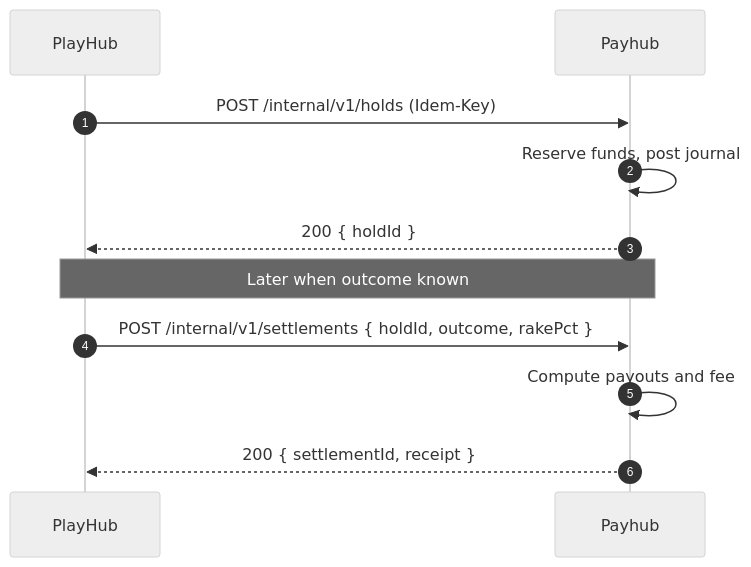
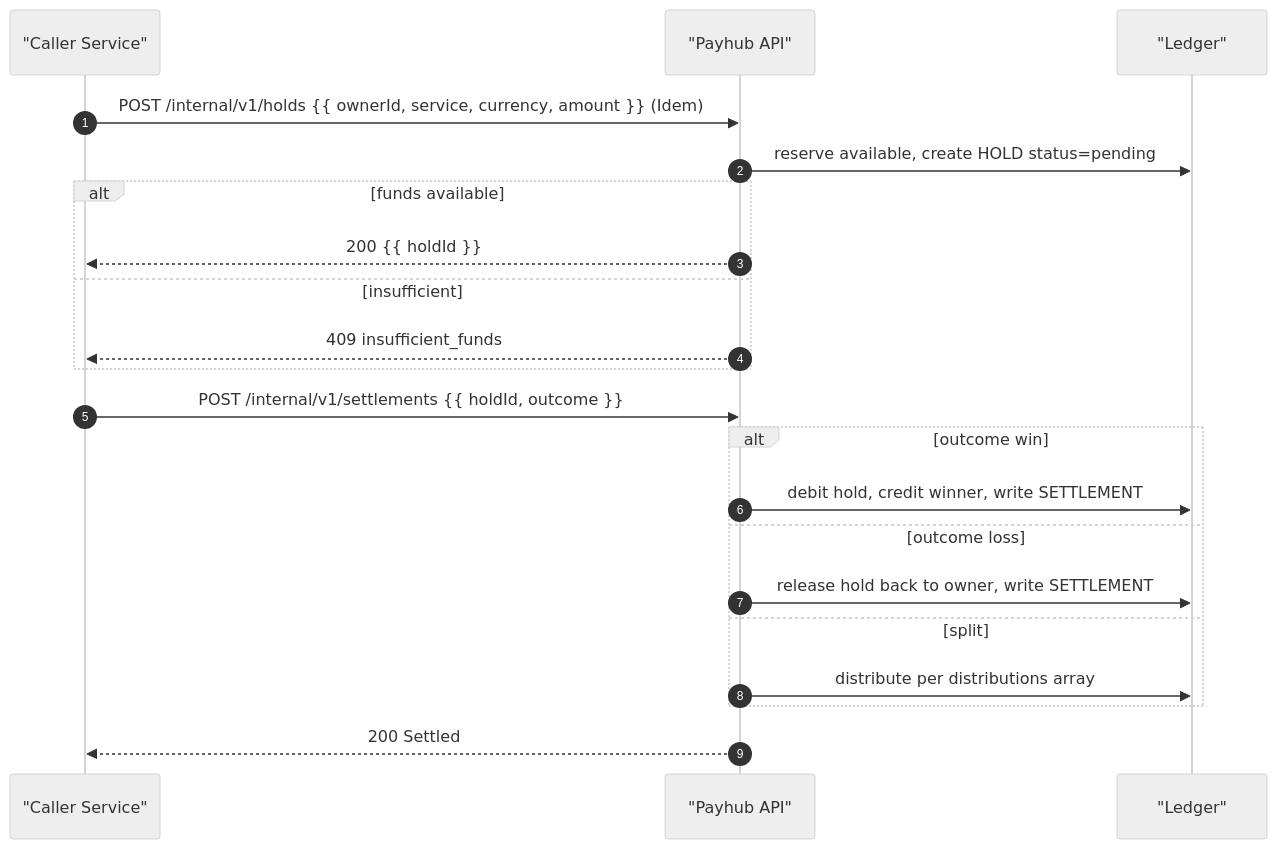
Before and after one commit to fuzeac/fuze-telegram-mini-app: the second of 5 diagrams in miniapp-payhub-service.md, drawn with Mermaid (neutral theme). The commit also changed other lines of this file, not shown here.

````diff
--- a/miniapp-payhub-service.md
+++ b/miniapp-payhub-service.md
@@ -112,13 +121,23 @@
 ```mermaid
 sequenceDiagram
   autonumber
-  participant PH as PlayHub
-  participant PAY as Payhub
-  PH->>PAY: POST /internal/v1/holds (Idem-Key)
-  PAY->>PAY: Reserve funds, post journal
-  PAY-->>PH: 200 { holdId }
-  Note over PH,PAY: Later when outcome known
-  PH->>PAY: POST /internal/v1/settlements { holdId, outcome, rakePct }
-  PAY->>PAY: Compute payouts and fee
-  PAY-->>PH: 200 { settlementId, receipt }
+  participant SVC as "Caller Service"
+  participant PH as "Payhub API"
+  participant L as "Ledger"
+  SVC->>PH: POST /internal/v1/holds {{ ownerId, service, currency, amount }} (Idem)
+  PH->>L: reserve available, create HOLD status=pending
+  alt funds available
+    PH-->>SVC: 200 {{ holdId }}
+  else insufficient
+    PH-->>SVC: 409 insufficient_funds
+  end
+  SVC->>PH: POST /internal/v1/settlements {{ holdId, outcome }}
+  alt outcome win
+    PH->>L: debit hold, credit winner, write SETTLEMENT
+  else outcome loss
+    PH->>L: release hold back to owner, write SETTLEMENT
+  else split
+    PH->>L: distribute per distributions array
+  end
+  PH-->>SVC: 200 Settled
 ```
````
